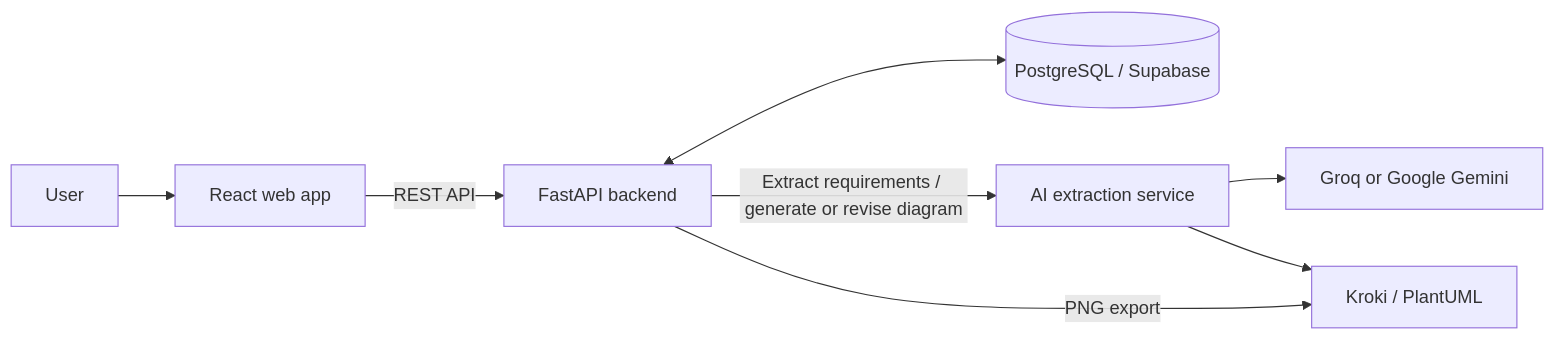
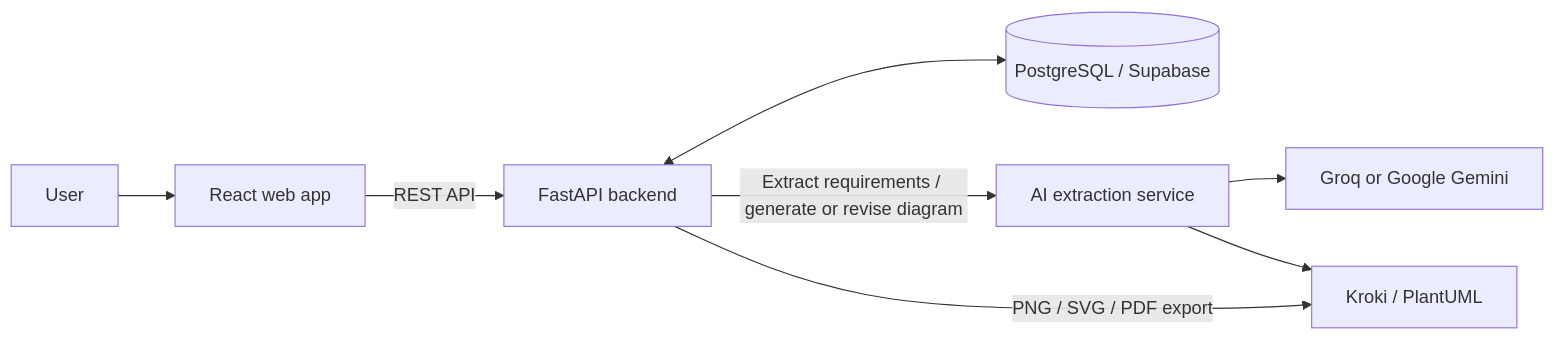
One commit to RonakVataliya/SDDG changed the second of 2 diagrams in README.md. Above: the diagram before and after it, drawn with Mermaid. The commit also changed other lines of this file and 16 other files, not shown here.

First line of the commit message:
FR18: multi-format export (SVG, PDF, source, project ZIP), working with layout editing

````diff
--- a/README.md
+++ b/README.md
@@ -63,10 +63,10 @@
 ```mermaid
 flowchart LR
     U[User] --> W[React web app]
     W -->|REST API| A[FastAPI backend]
     A <--> DB[(PostgreSQL / Supabase)]
     A -->|Extract requirements / generate or revise diagram| AI[AI extraction service]
     AI --> L[Groq or Google Gemini]
     AI --> K[Kroki / PlantUML]
-    A -->|PNG export| K
+    A -->|PNG / SVG / PDF export| K
 ```
````
